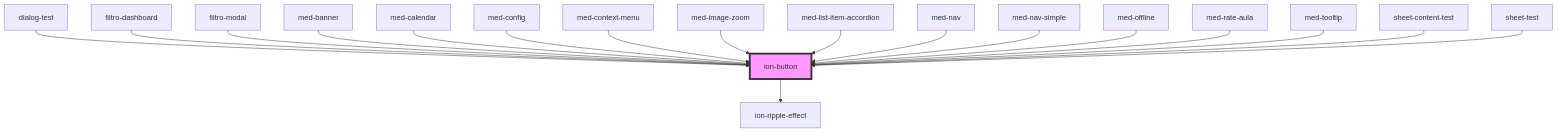
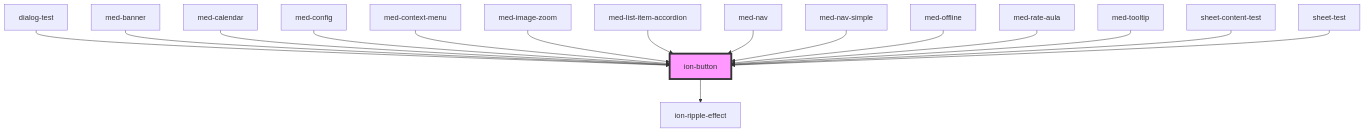
One commit to MEDGRUPOGIT/ionic-framework-1 changed the diagram in core/src/components/button/readme.md. Above: the diagram before and after it, drawn with Mermaid. The commit also changed other lines of this file and 486 other files, not shown here.

````diff
--- a/core/src/components/button/readme.md
+++ b/core/src/components/button/readme.md
@@ -395,21 +393,19 @@
 ```mermaid
 graph TD;
   ion-button --> ion-ripple-effect
   dialog-test --> ion-button
-  filtro-dashboard --> ion-button
-  filtro-modal --> ion-button
   med-banner --> ion-button
   med-calendar --> ion-button
   med-config --> ion-button
   med-context-menu --> ion-button
   med-image-zoom --> ion-button
   med-list-item-accordion --> ion-button
   med-nav --> ion-button
   med-nav-simple --> ion-button
   med-offline --> ion-button
   med-rate-aula --> ion-button
   med-tooltip --> ion-button
   sheet-content-test --> ion-button
   sheet-test --> ion-button
   style ion-button fill:#f9f,stroke:#333,stroke-width:4px
 ```
````
